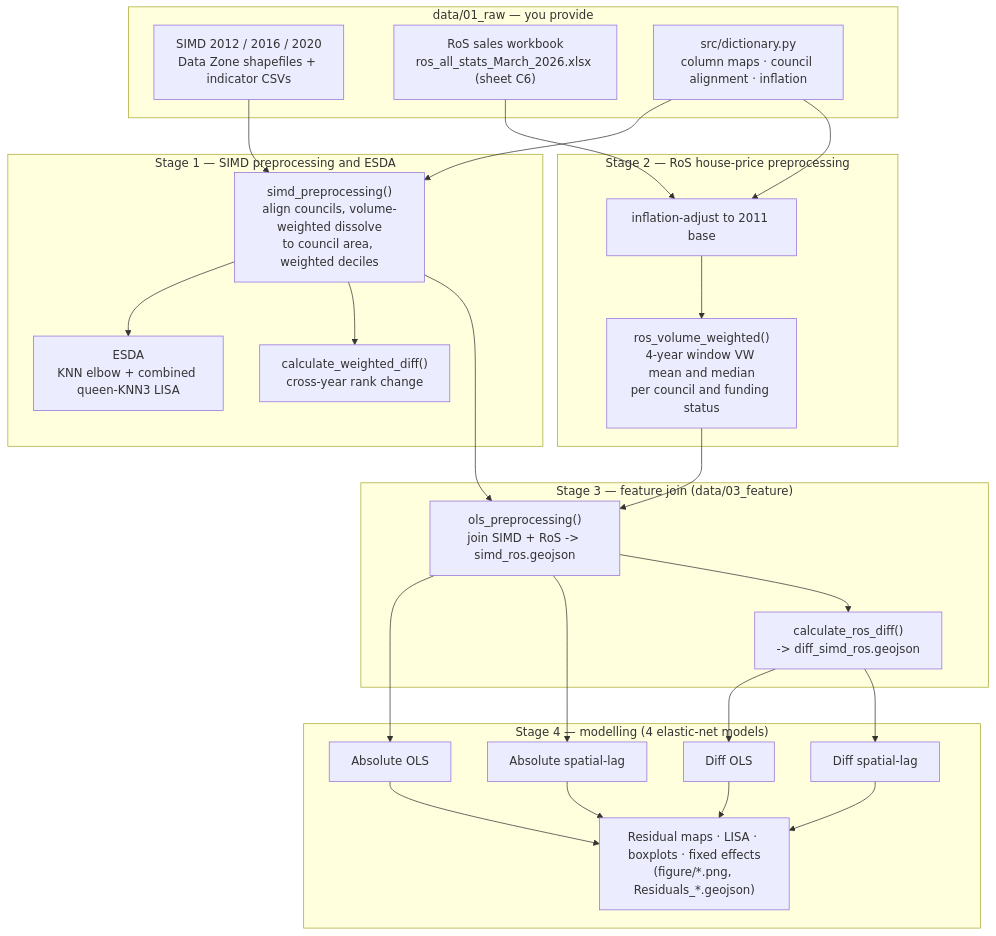
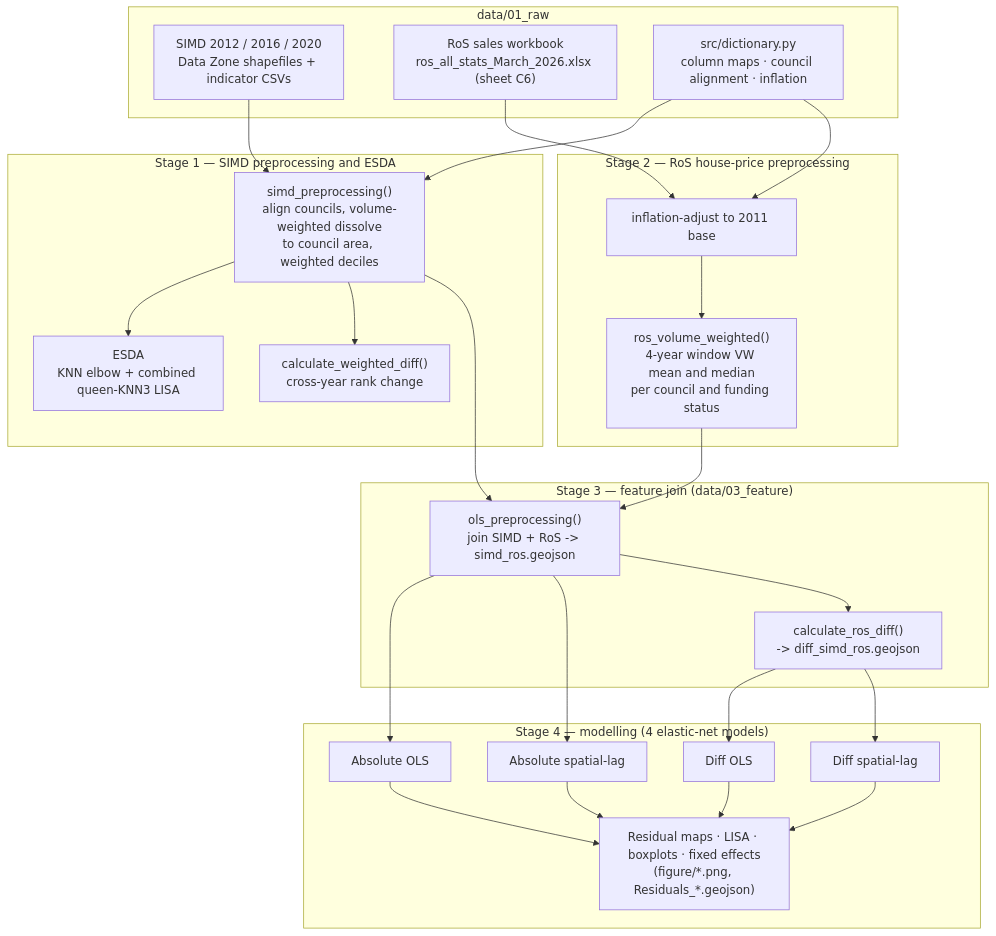
One commit to chrischank/SDSP_coursework changed the diagram in 99_assignment/ReadMe.md. Above: the diagram before and after it, drawn with Mermaid. The commit also changed other lines of this file and 7 other files, not shown here.

````diff
--- a/99_assignment/ReadMe.md
+++ b/99_assignment/ReadMe.md
@@ -64,49 +64,49 @@
 ```mermaid
 flowchart TD
-    subgraph RAW["data/01_raw — you provide"]
+    subgraph RAW["data/01_raw"]
         SIMD["SIMD 2012 / 2016 / 2020<br/>Data Zone shapefiles + indicator CSVs"]
         ROS["RoS sales workbook<br/>ros_all_stats_March_2026.xlsx (sheet C6)"]
         DICT["src/dictionary.py<br/>column maps · council alignment · inflation"]
     end
 
     subgraph S1["Stage 1 — SIMD preprocessing and ESDA"]
         P1["simd_preprocessing()<br/>align councils, volume-weighted dissolve<br/>to council area, weighted deciles"]
         E1["ESDA<br/>KNN elbow + combined queen-KNN3 LISA"]
         D1["calculate_weighted_diff()<br/>cross-year rank change"]
     end
 
     subgraph S2["Stage 2 — RoS house-price preprocessing"]
         P2["inflation-adjust to 2011 base"]
         V2["ros_volume_weighted()<br/>4-year window VW mean and median<br/>per council and funding status"]
     end
 
     subgraph FEAT["Stage 3 — feature join (data/03_feature)"]
         J["ols_preprocessing()<br/>join SIMD + RoS -> simd_ros.geojson"]
         DFF["calculate_ros_diff()<br/>-> diff_simd_ros.geojson"]
     end
 
     subgraph MODEL["Stage 4 — modelling (4 elastic-net models)"]
         M1["Absolute OLS"]
         M2["Absolute spatial-lag"]
         M3["Diff OLS"]
         M4["Diff spatial-lag"]
         OUT["Residual maps · LISA · boxplots · fixed effects<br/>(figure/*.png, Residuals_*.geojson)"]
     end
 
     SIMD --> P1
     DICT --> P1
     DICT --> P2
     P1 --> E1
     P1 --> D1
     ROS --> P2 --> V2 --> J
     P1 --> J
     J --> M1
     J --> M2
     J --> DFF
     DFF --> M3
     DFF --> M4
     M1 --> OUT
     M2 --> OUT
     M3 --> OUT
     M4 --> OUT
 ```
````
